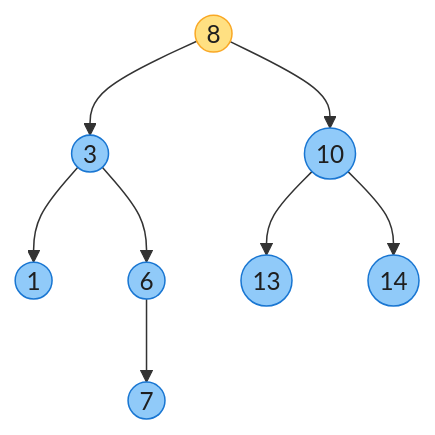
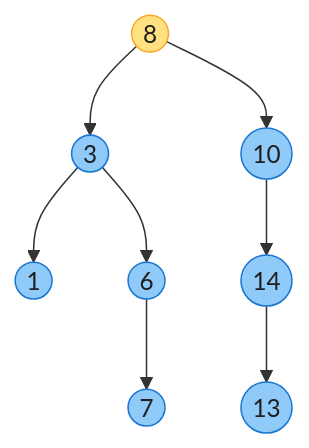
One commit to socoo123/book_reading changed the diagram in IntroductionToAlgorithms/Chapter12_二叉搜索树_深度版.md. Above: the diagram before and after it, drawn with Mermaid. The commit also changed other lines of this file and 19 other files, not shown here.

````diff
--- a/IntroductionToAlgorithms/Chapter12_二叉搜索树_深度版.md
+++ b/IntroductionToAlgorithms/Chapter12_二叉搜索树_深度版.md
@@ -33,15 +33,15 @@
 ```mermaid
 flowchart TD
     R(("8")) --> L(("3"))
     R --> RR(("10"))
     L --> LL(("1"))
     L --> LR(("6"))
     LR --> LRR(("7"))
-    RR --> RRL(("13"))
     RR --> RRR(("14"))
+    RRR --> RRL(("13"))
 
     classDef n fill:#90CAF9,stroke:#1976D2,color:#1f1f1f
     classDef rt fill:#FFE082,stroke:#F9A825,color:#1f1f1f
     class R rt
     class L,LL,LR,LRR,RR,RRL,RRR n
 ```
````
